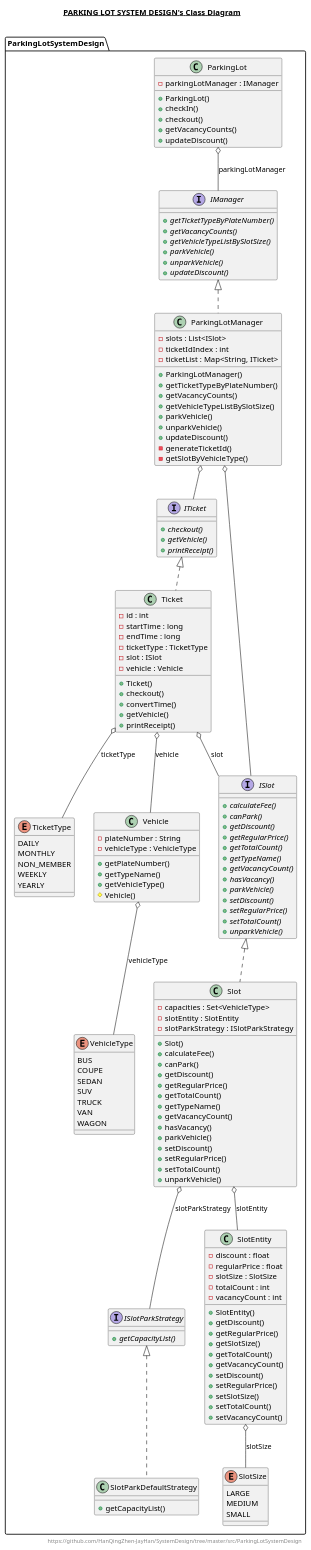
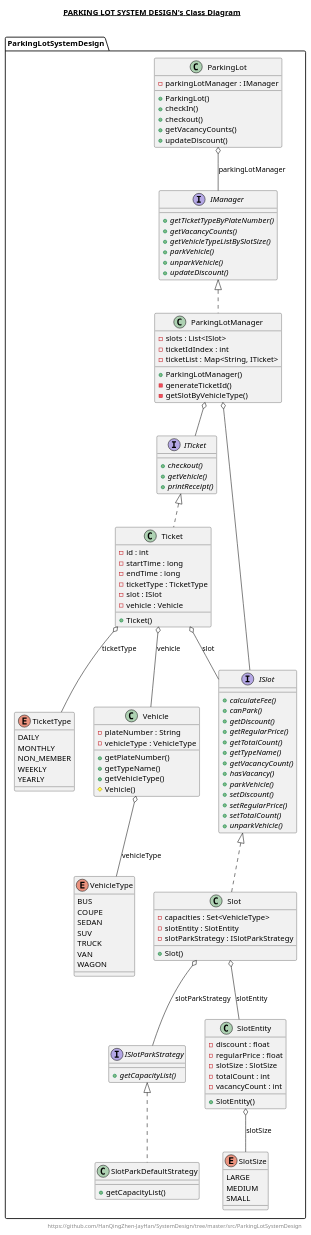
One commit to HanQingZhen-JayHan/SystemDesign changed the diagram in src/ParkingLotSystemDesign/ParkingLotSystemDesign.plantuml. Above: the diagram before and after it, drawn with PlantUML. The commit also changed 1 other file, not shown here.

Commit message:
update uml image

```diff
--- a/src/ParkingLotSystemDesign/ParkingLotSystemDesign.plantuml
+++ b/src/ParkingLotSystemDesign/ParkingLotSystemDesign.plantuml
@@ -67,12 +67,6 @@
         - ticketIdIndex : int
         - ticketList : Map<String, ITicket>
         + ParkingLotManager()
-        + getTicketTypeByPlateNumber()
-        + getVacancyCounts()
-        + getVehicleTypeListBySlotSize()
-        + parkVehicle()
-        + unparkVehicle()
-        + updateDiscount()
         - generateTicketId()
         - getSlotByVehicleType()
     }
@@ -85,19 +79,6 @@
         - slotEntity : SlotEntity
         - slotParkStrategy : ISlotParkStrategy
         + Slot()
-        + calculateFee()
-        + canPark()
-        + getDiscount()
-        + getRegularPrice()
-        + getTotalCount()
-        + getTypeName()
-        + getVacancyCount()
-        + hasVacancy()
-        + parkVehicle()
-        + setDiscount()
-        + setRegularPrice()
-        + setTotalCount()
-        + unparkVehicle()
     }
   }
   
@@ -110,16 +91,6 @@
         - totalCount : int
         - vacancyCount : int
         + SlotEntity()
-        + getDiscount()
-        + getRegularPrice()
-        + getSlotSize()
-        + getTotalCount()
-        + getVacancyCount()
-        + setDiscount()
-        + setRegularPrice()
-        + setSlotSize()
-        + setTotalCount()
-        + setVacancyCount()
     }
   }
   
@@ -149,10 +120,6 @@
         - slot : ISlot
         - vehicle : Vehicle
         + Ticket()
-        + checkout()
-        + convertTime()
-        + getVehicle()
-        + printReceipt()
     }
   }
   
```
